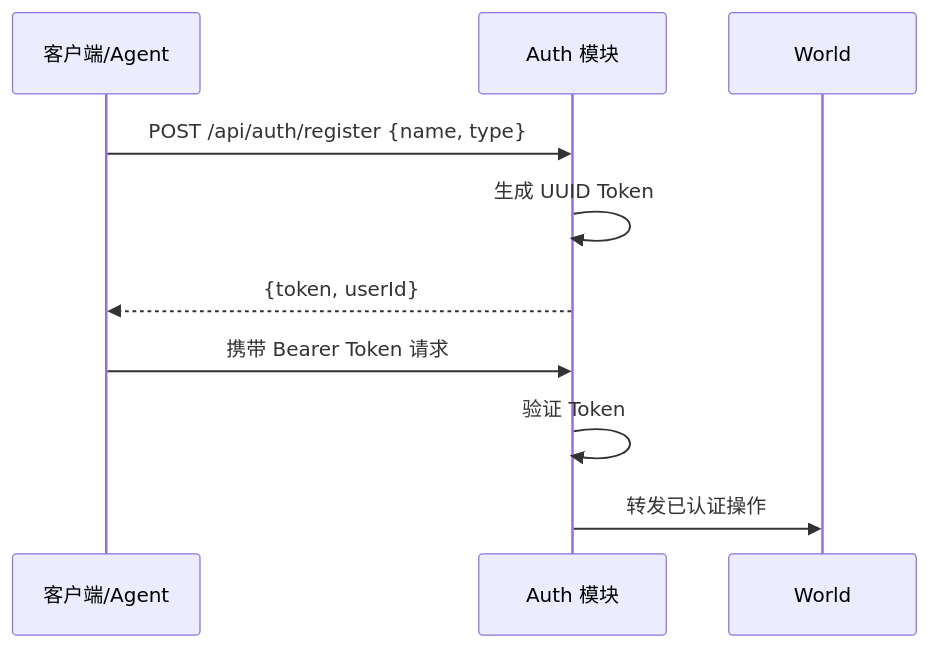
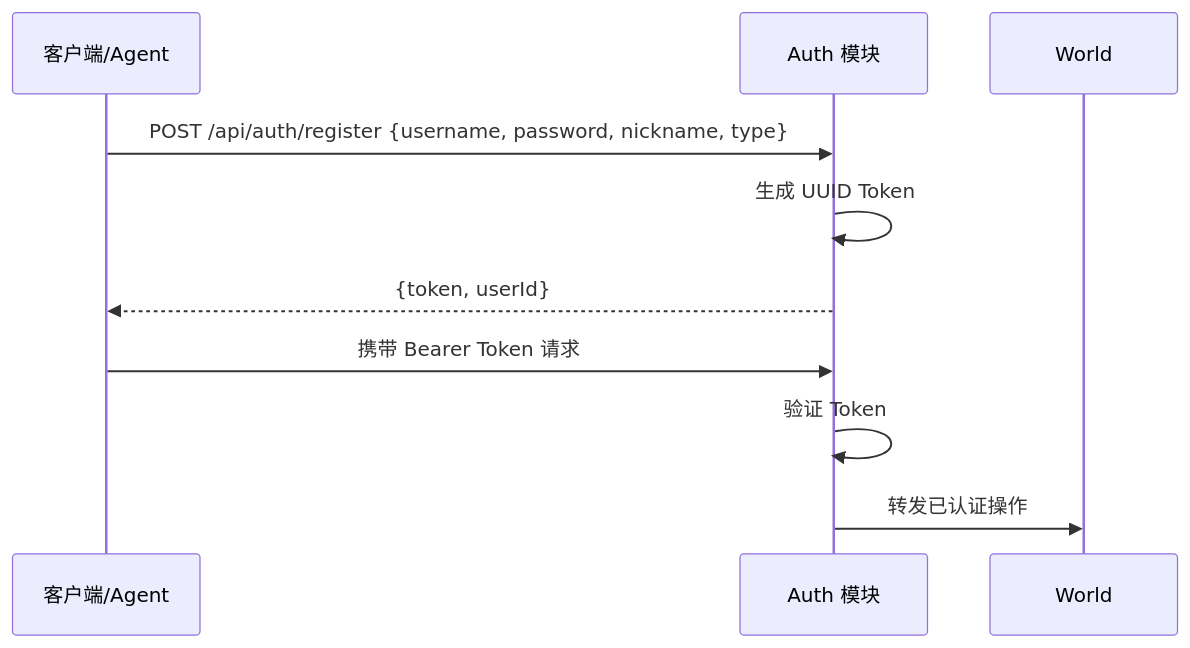
Before and after one commit to nannyu/cyber-bathhouse: the third of 10 diagrams in docs/ARCHITECTURE.md, drawn with Mermaid. The commit also changed other lines of this file and 10 other files, not shown here.

````diff
--- a/docs/ARCHITECTURE.md
+++ b/docs/ARCHITECTURE.md
@@ -80,14 +80,14 @@
 ```mermaid
 sequenceDiagram
     participant Client as 客户端/Agent
     participant Auth as Auth 模块
     participant World as World
 
-    Client->>Auth: POST /api/auth/register {name, type}
+    Client->>Auth: POST /api/auth/register {username, password, nickname, type}
     Auth->>Auth: 生成 UUID Token
     Auth-->>Client: {token, userId}
 
     Client->>Auth: 携带 Bearer Token 请求
     Auth->>Auth: 验证 Token
     Auth->>World: 转发已认证操作
 ```
````
